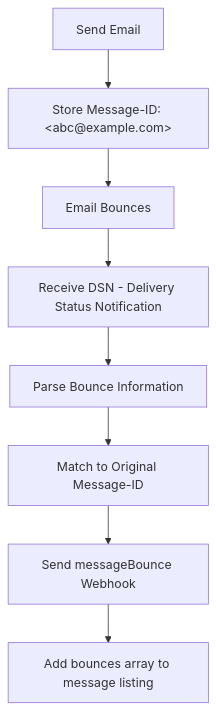
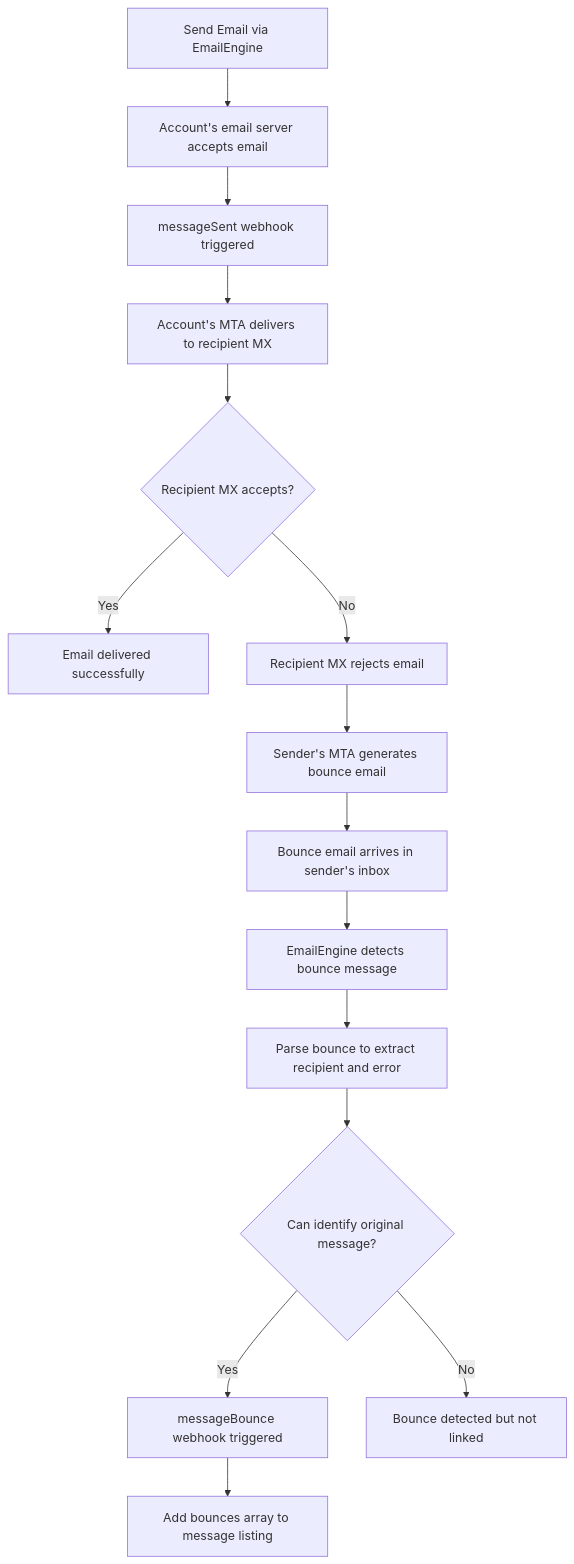
Before and after one commit to postalsys/learn-emailengine-app: the diagram in docs/advanced/bounces.md, drawn with Mermaid. The commit also changed other lines of this file and 2 other files, not shown here.

First line of the commit message:
docs: improve bounce handling documentation

````diff
--- a/docs/advanced/bounces.md
+++ b/docs/advanced/bounces.md
@@ -49,10 +60,17 @@
 ```mermaid
 flowchart TD
-    A[Send Email] --> B[Store Message-ID: &lt;abc@example.com&gt;]
-    B --> C[Email Bounces]
-    C --> D[Receive DSN - Delivery Status Notification]
-    D --> E[Parse Bounce Information]
-    E --> F[Match to Original Message-ID]
-    F --> G[Send messageBounce Webhook]
-    G --> H[Add bounces array to message listing]
+    A[Send Email via EmailEngine] --> B[Account's email server accepts email]
+    B --> C[messageSent webhook triggered]
+    C --> D[Account's MTA delivers to recipient MX]
+    D --> E{Recipient MX accepts?}
+    E -->|Yes| F[Email delivered successfully]
+    E -->|No| G[Recipient MX rejects email]
+    G --> H[Sender's MTA generates bounce email]
+    H --> I[Bounce email arrives in sender's inbox]
+    I --> J[EmailEngine detects bounce message]
+    J --> K[Parse bounce to extract recipient and error]
+    K --> L{Can identify original message?}
+    L -->|Yes| M[messageBounce webhook triggered]
+    L -->|No| N[Bounce detected but not linked]
+    M --> O[Add bounces array to message listing]
 ```
````
